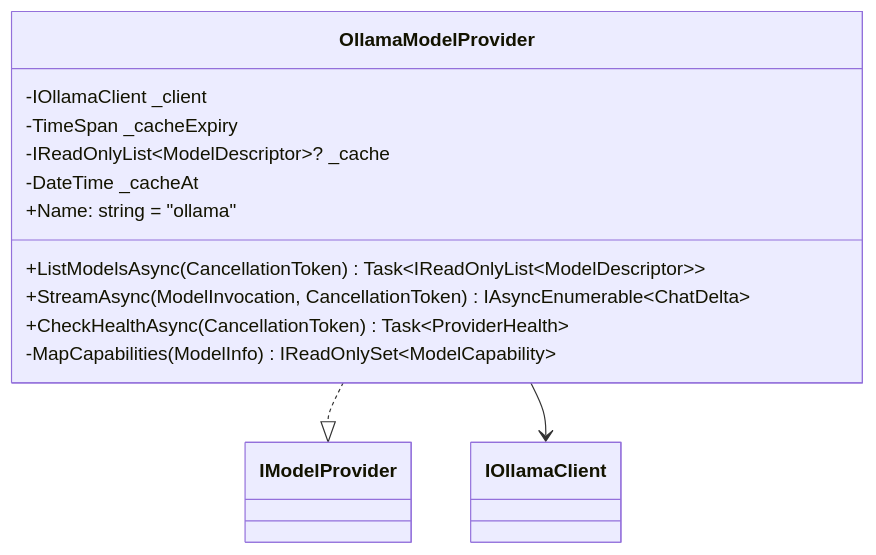
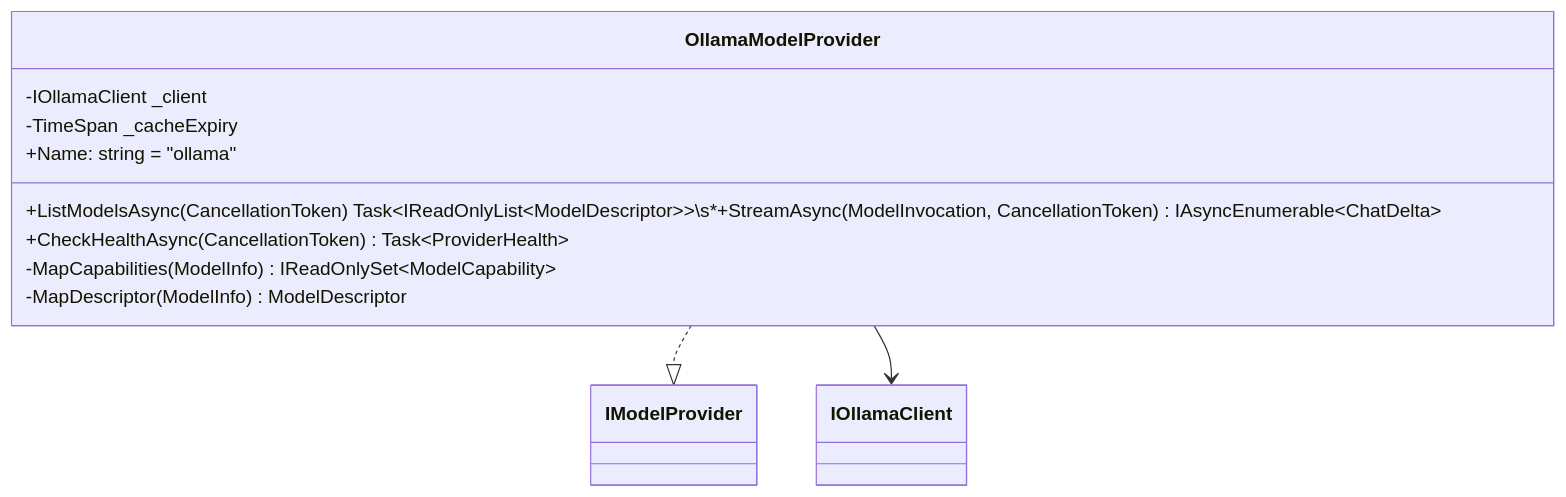
Before and after one commit to ekanatha-urivakili/EminentAiAgent: the seventh of 19 diagrams in docs/AGENT_2_AGENT_ARCHITECTURE.md, drawn with Mermaid. The commit also changed other lines of this file and 58 other files, not shown here.

````diff
--- a/docs/AGENT_2_AGENT_ARCHITECTURE.md
+++ b/docs/AGENT_2_AGENT_ARCHITECTURE.md
@@ -685,17 +737,15 @@
 ```mermaid
 classDiagram
     class OllamaModelProvider {
         -IOllamaClient _client
         -TimeSpan _cacheExpiry
-        -IReadOnlyList~ModelDescriptor~? _cache
-        -DateTime _cacheAt
         +Name: string = "ollama"
-        +ListModelsAsync(CancellationToken) Task~IReadOnlyList~ModelDescriptor~~
-        +StreamAsync(ModelInvocation, CancellationToken) IAsyncEnumerable~ChatDelta~
+        +ListModelsAsync(CancellationToken) Task~IReadOnlyList~ModelDescriptor~~\s*\+StreamAsync(ModelInvocation, CancellationToken) IAsyncEnumerable~ChatDelta~
         +CheckHealthAsync(CancellationToken) Task~ProviderHealth~
         -MapCapabilities(ModelInfo) IReadOnlySet~ModelCapability~
+        -MapDescriptor(ModelInfo) ModelDescriptor
     }
 
     OllamaModelProvider ..|> IModelProvider
     OllamaModelProvider --> IOllamaClient
 ```
````
